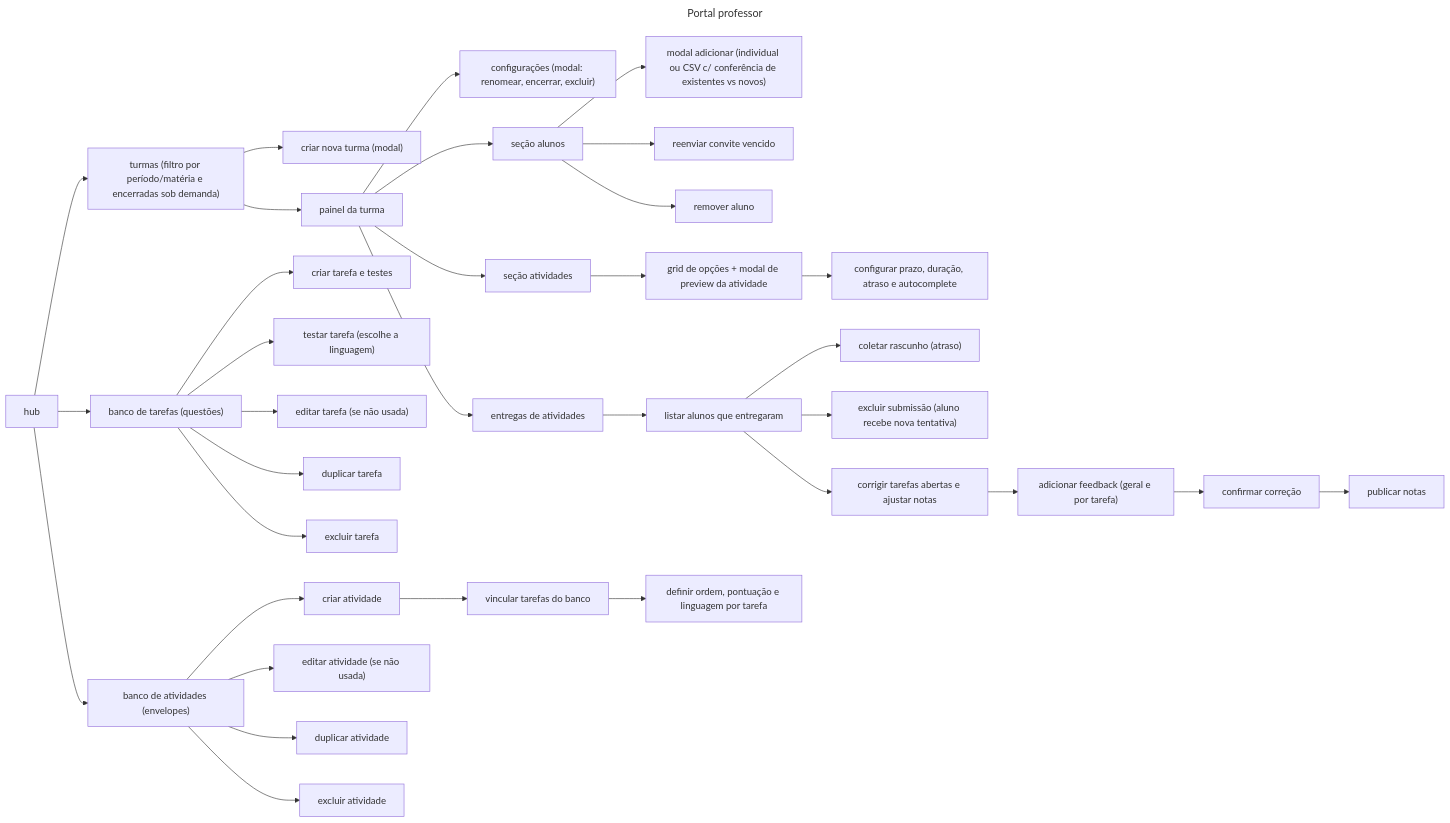
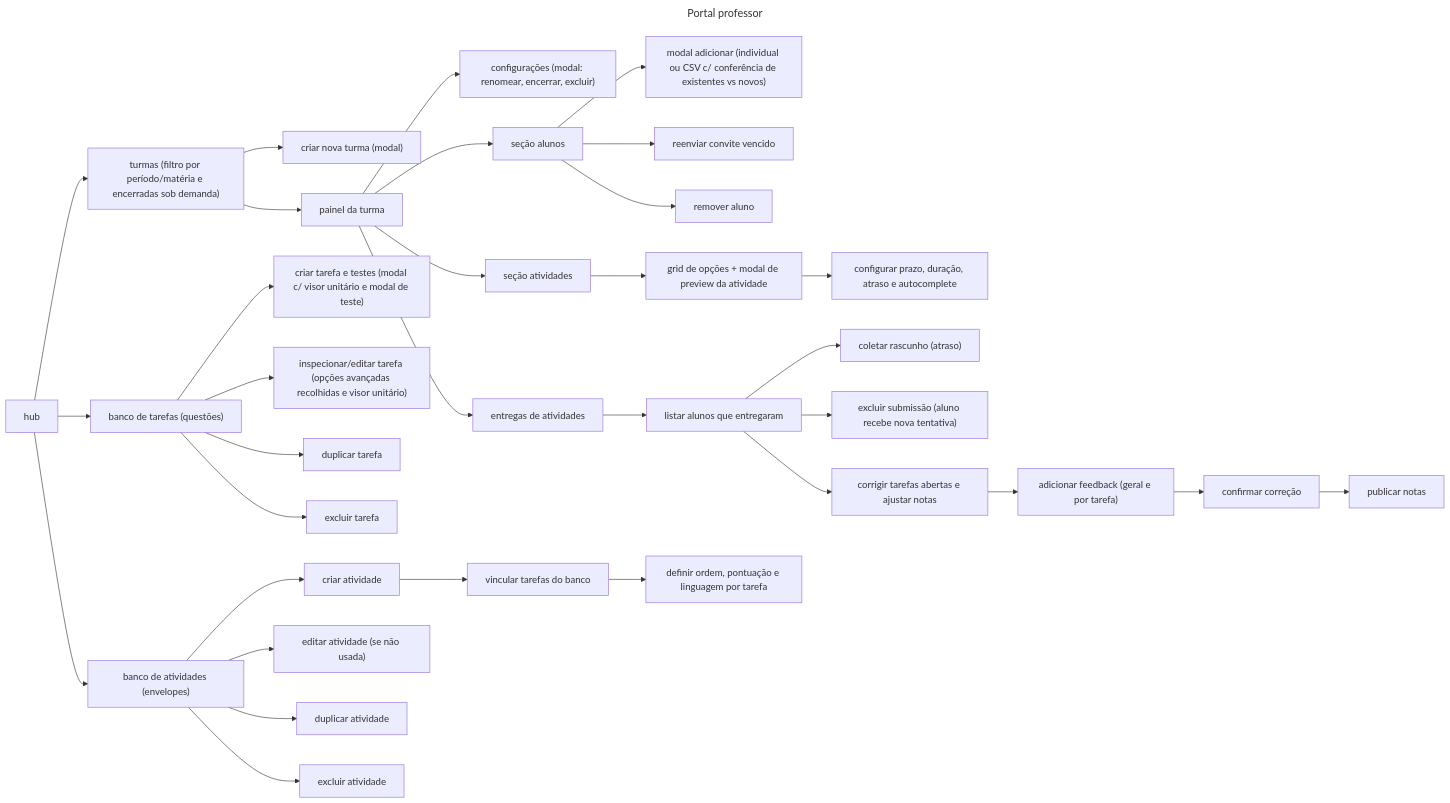
One commit to DharioNewbery/Seno changed the fourth of 7 diagrams in docs/PROJETO.md. Above: the diagram before and after it, drawn with Mermaid.

Commit message:
docs: atualizar fluxo do banco de tarefas do professor no PROJETO.md

````diff
--- a/docs/PROJETO.md
+++ b/docs/PROJETO.md
@@ -333,44 +333,43 @@
 ```mermaid
 ---
 title: Portal professor
 ---
 graph LR
     hub["hub"] --> turmas["turmas (filtro por período/matéria e encerradas sob demanda)"]
     hub --> tarefas["banco de tarefas (questões)"]
     hub --> atividades["banco de atividades (envelopes)"]
 
     turmas --> cturma["criar nova turma (modal)"]
     turmas --> pturma["painel da turma"]
     pturma --> eturmas["configurações (modal: renomear, encerrar, excluir)"]
     
     pturma --> aaluno["seção alunos"]
     aaluno --> aemail["modal adicionar (individual ou CSV c/ conferência de existentes vs novos)"]
     aaluno --> rconvite["reenviar convite vencido"]
     aaluno --> raluno["remover aluno"]
 
     pturma --> aatividade["seção atividades"]
     aatividade --> gpreview["grid de opções + modal de preview da atividade"]
     gpreview --> cprazo["configurar prazo, duração, atraso e autocomplete"]
 
     pturma --> eatividade["entregas de atividades"]
     eatividade --> lrespostas["listar alunos que entregaram"]
     lrespostas --> coletar["coletar rascunho (atraso)"]
     lrespostas --> xsubmissao["excluir submissão (aluno recebe nova tentativa)"]
     lrespostas --> cmanual["corrigir tarefas abertas e ajustar notas"]
     cmanual --> gfeedback["adicionar feedback (geral e por tarefa)"]
     gfeedback --> confirmar["confirmar correção"]
     confirmar --> pnotas["publicar notas"]
 
-    tarefas --> ctarefas["criar tarefa e testes"]
-    tarefas --> ttarefa["testar tarefa (escolhe a linguagem)"]
-    tarefas --> etarefa["editar tarefa (se não usada)"]
+    tarefas --> ctarefas["criar tarefa e testes (modal c/ visor unitário e modal de teste)"]
+    tarefas --> etarefa["inspecionar/editar tarefa (opções avançadas recolhidas e visor unitário)"]
     tarefas --> duptarefa["duplicar tarefa"]
     tarefas --> dtarefa["excluir tarefa"]
 
     atividades --> catividades["criar atividade"]
     catividades --> vtarefas["vincular tarefas do banco"]
     vtarefas --> cpesos["definir ordem, pontuação e linguagem por tarefa"]
     atividades --> eativ["editar atividade (se não usada)"]
     atividades --> dupativ["duplicar atividade"]
     atividades --> dativ["excluir atividade"]
 ```
````
